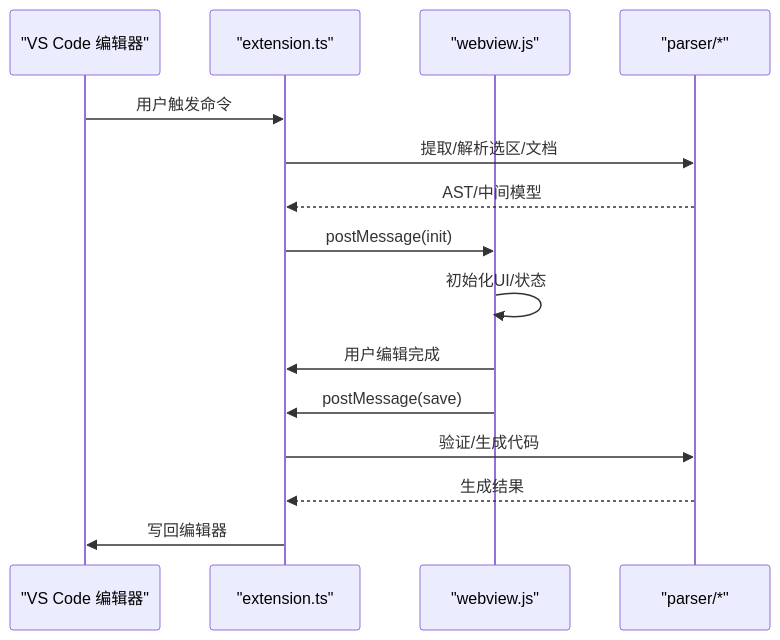
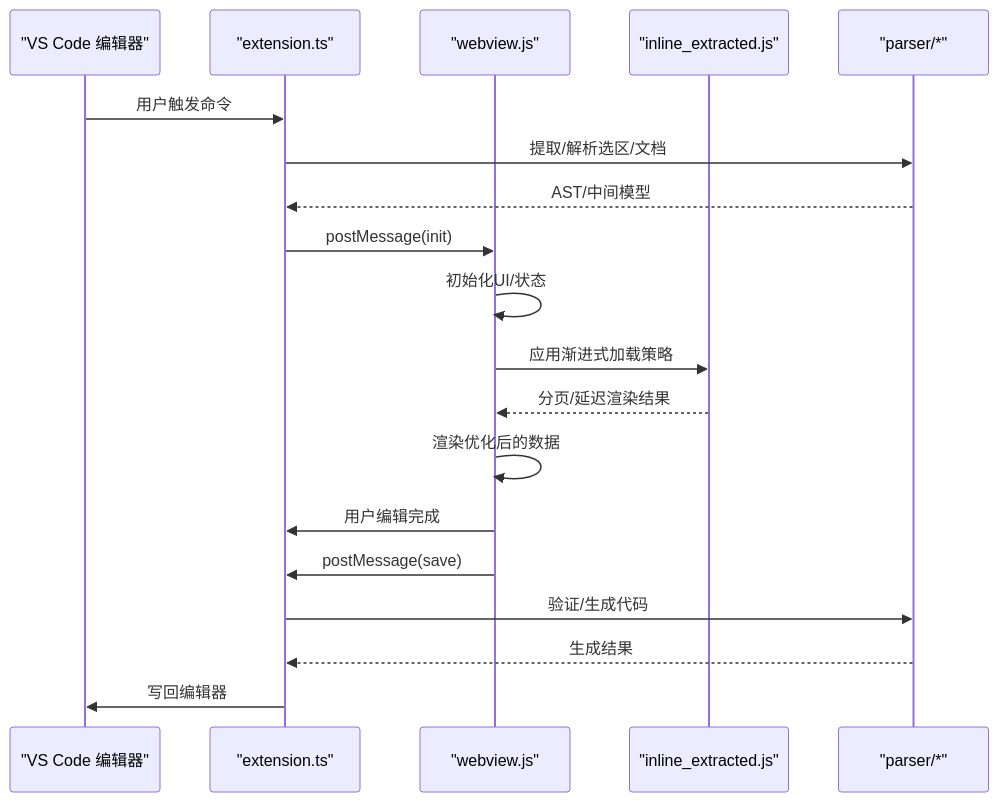
Before and after one commit to meiok1/wysjson: the second of 8 diagrams in .qoder/repowiki/zh/content/高级功能特性/性能优化.md, drawn with Mermaid. The commit also changed other lines of this file and 390 other files, not shown here.

````diff
--- a/.qoder/repowiki/zh/content/高级功能特性/性能优化.md
+++ b/.qoder/repowiki/zh/content/高级功能特性/性能优化.md
@@ -101,17 +118,21 @@
 ```mermaid
 sequenceDiagram
 participant VS as "VS Code 编辑器"
 participant EXT as "extension.ts"
 participant WV as "webview.js"
+participant INLINE as "inline_extracted.js"
 participant PARSER as "parser/*"
 VS->>EXT : 用户触发命令
 EXT->>PARSER : 提取/解析选区/文档
 PARSER-->>EXT : AST/中间模型
 EXT->>WV : postMessage(init)
 WV->>WV : 初始化UI/状态
+WV->>INLINE : 应用渐进式加载策略
+INLINE-->>WV : 分页/延迟渲染结果
+WV->>WV : 渲染优化后的数据
 WV->>EXT : 用户编辑完成
 WV->>EXT : postMessage(save)
 EXT->>PARSER : 验证/生成代码
 PARSER-->>EXT : 生成结果
 EXT->>VS : 写回编辑器
 ```
````
